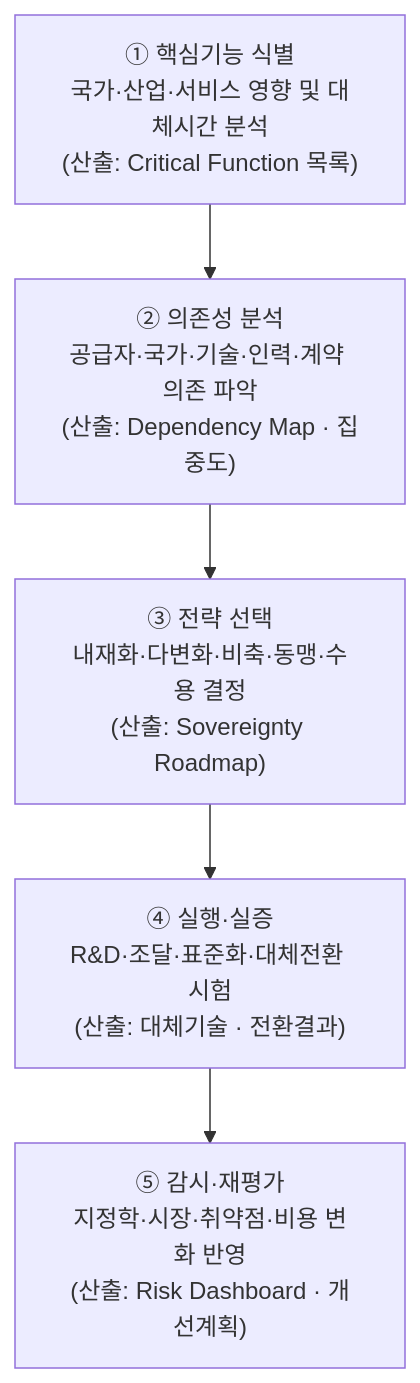
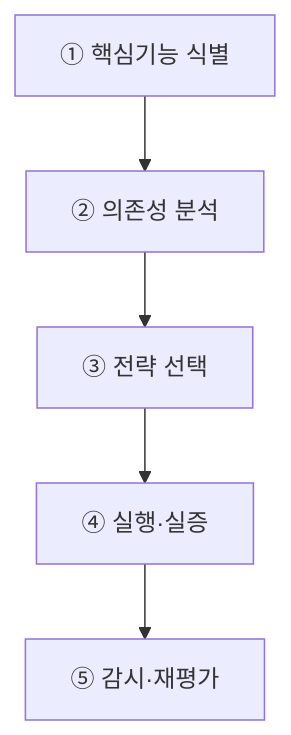
One commit to agnusdei1207/study changed the second of 3 diagrams in src/content/docs/notes/itpe/01-it-strategy/058_technology_sovereignty.md. Above: the diagram before and after it, drawn with Mermaid. The commit also changed other lines of this file and 19 other files, not shown here.

````diff
--- a/src/content/docs/notes/itpe/01-it-strategy/058_technology_sovereignty.md
+++ b/src/content/docs/notes/itpe/01-it-strategy/058_technology_sovereignty.md
@@ -73,10 +73,4 @@
 ```mermaid
 flowchart TD
-    S1["① 핵심기능 식별<br/>국가·산업·서비스 영향 및 대체시간 분석<br/>(산출: Critical Function 목록)"]
-    S2["② 의존성 분석<br/>공급자·국가·기술·인력·계약 의존 파악<br/>(산출: Dependency Map · 집중도)"]
-    S3["③ 전략 선택<br/>내재화·다변화·비축·동맹·수용 결정<br/>(산출: Sovereignty Roadmap)"]
-    S4["④ 실행·실증<br/>R&D·조달·표준화·대체전환 시험<br/>(산출: 대체기술 · 전환결과)"]
-    S5["⑤ 감시·재평가<br/>지정학·시장·취약점·비용 변화 반영<br/>(산출: Risk Dashboard · 개선계획)"]
-
-    S1 --> S2 --> S3 --> S4 --> S5
+    S1["① 핵심기능 식별"] --> S2["② 의존성 분석"] --> S3["③ 전략 선택"] --> S4["④ 실행·실증"] --> S5["⑤ 감시·재평가"]
 ```
````
